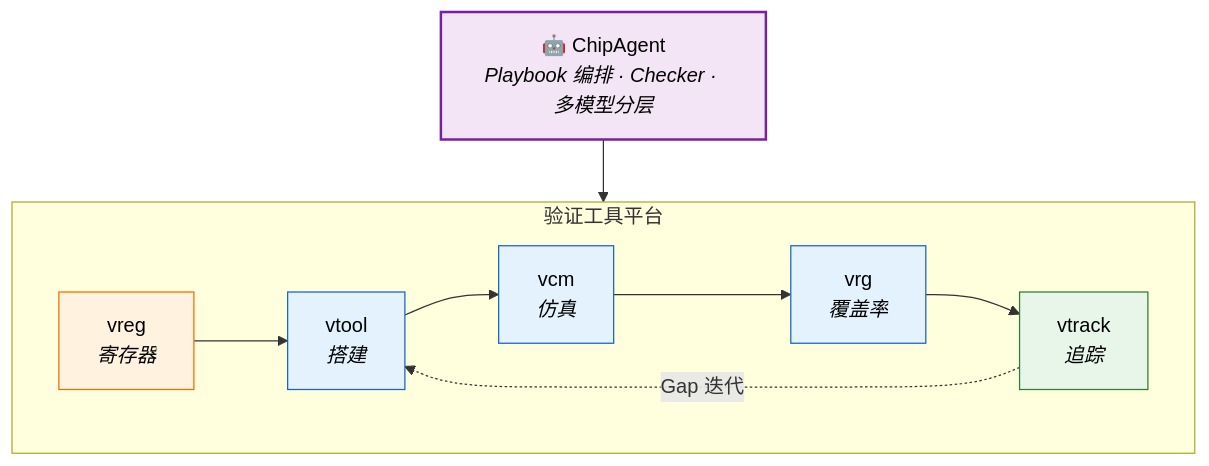
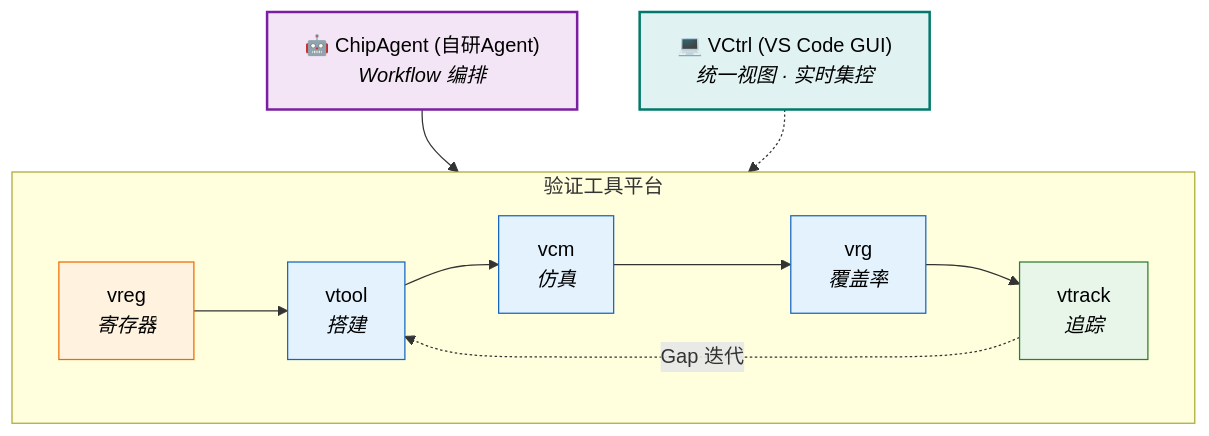
The diagram in README.md (Johnmc104/Johnmc104), drawn with Mermaid before and after one commit. The commit also changed other lines of this file, not shown here.

````diff
--- a/README.md
+++ b/README.md
@@ -69,23 +69,28 @@
 ```mermaid
 flowchart TD
-    CA["🤖 ChipAgent<br/><i>Playbook 编排 · Checker · 多模型分层</i>"]:::agent
+    CA["🤖 ChipAgent (自研Agent)<br/><i>Workflow 编排</i>"]:::agent
 
     CA --> Platform
 
     subgraph Platform["验证工具平台"]
         direction LR
         vreg["vreg<br/><i>寄存器</i>"]:::reg
         vtool["vtool<br/><i>搭建</i>"]:::tool
         vcm["vcm<br/><i>仿真</i>"]:::tool
         vrg["vrg<br/><i>覆盖率</i>"]:::tool
         vtrack["vtrack<br/><i>追踪</i>"]:::track
+        
         vreg --> vtool --> vcm --> vrg --> vtrack
     end
+    
+    vctrl["💻 VCtrl (VS Code GUI)<br/><i>统一视图 · 实时集控</i>"]:::gui
+    vctrl -.-> Platform
 
     vtrack -. "Gap 迭代" .-> vtool
 
     classDef agent fill:#f3e5f5,stroke:#7b1fa2,stroke-width:2px,color:#000
     classDef reg fill:#fff3e0,stroke:#ef6c00,color:#000
     classDef tool fill:#e3f2fd,stroke:#1565c0,color:#000
     classDef track fill:#e8f5e9,stroke:#2e7d32,color:#000
+    classDef gui fill:#e0f2f1,stroke:#00796b,stroke-width:2px,color:#000
 ```
````
